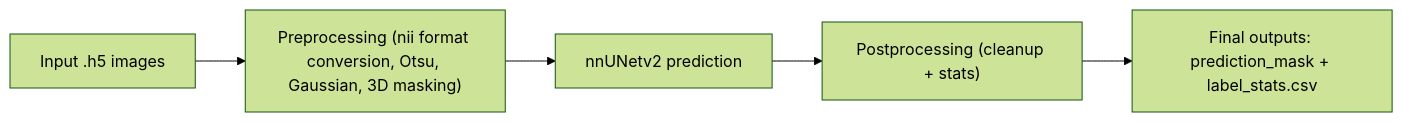
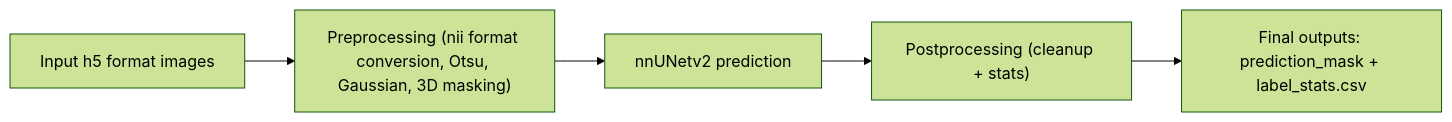
One commit to Chase-hucl/Flyseg changed the diagram in README.md. Above: the diagram before and after it, drawn with Mermaid (forest theme).

````diff
--- a/README.md
+++ b/README.md
@@ -99,7 +99,7 @@
 ```mermaid
 flowchart LR
-    A["Input .h5 images"] --> B["Preprocessing (nii format conversion, Otsu, Gaussian, 3D masking)"]
+    A["Input h5 format images"] --> B["Preprocessing (nii format conversion, Otsu, Gaussian, 3D masking)"]
     B --> C["nnUNetv2 prediction"]
     C --> D["Postprocessing (cleanup + stats)"]
     D --> E["Final outputs: prediction_mask + label_stats.csv"]
 ```
````
